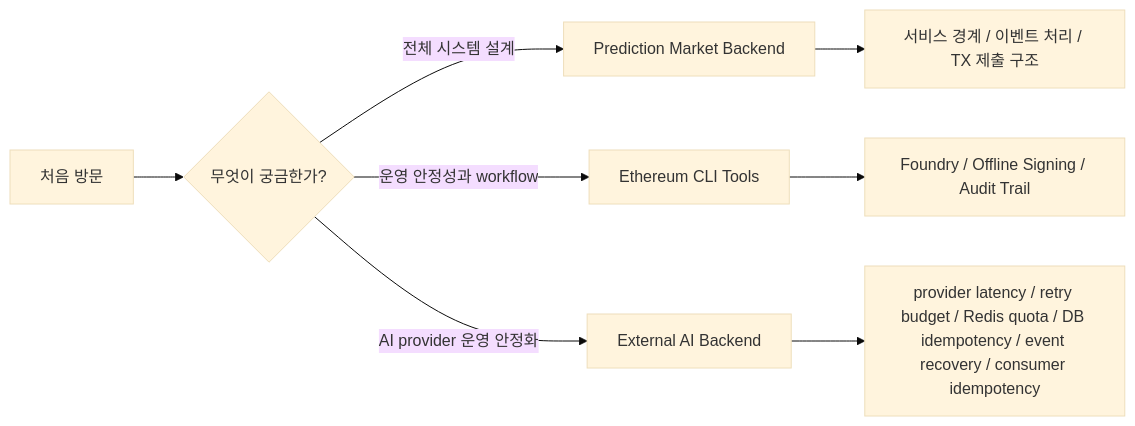
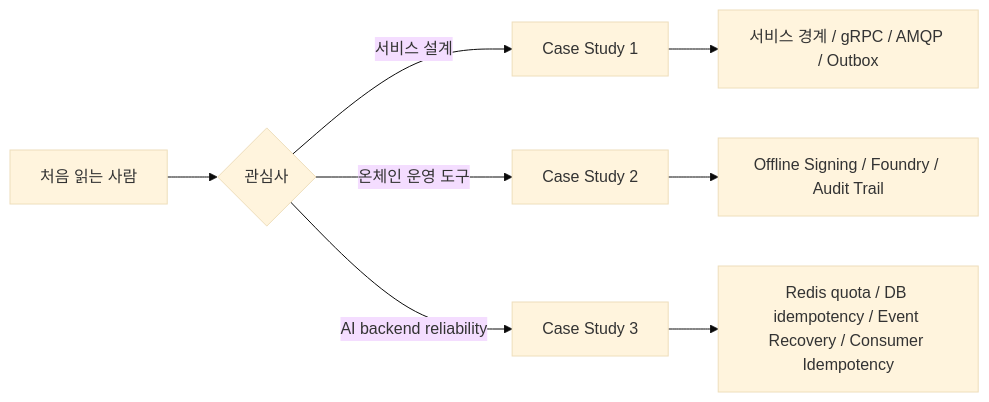
The sixth of 6 diagrams in README.md (bang9ming9/bang9ming9), drawn with Mermaid (base theme) before and after one commit. The commit also changed other lines of this file and 1 other file, not shown here.

````diff
--- a/README.md
+++ b/README.md
@@ -267,12 +259,11 @@
 ```mermaid
 flowchart LR
-    A[처음 방문] --> B{무엇이 궁금한가?}
+    A[처음 읽는 사람] --> B{관심사}
+    B -->|서비스 설계| C[Case Study 1]
+    B -->|온체인 운영 도구| D[Case Study 2]
+    B -->|AI backend reliability| E[Case Study 3]
 
-    B -->|전체 시스템 설계| C[Prediction Market Backend]
-    B -->|운영 안정성과 workflow| D[Ethereum CLI Tools]
-    B -->|AI provider 운영 안정화| G[External AI Backend]
-
-    C --> E[서비스 경계 / 이벤트 처리 / TX 제출 구조]
-    D --> F[Foundry / Offline Signing / Audit Trail]
-    G --> H[provider latency / retry budget / Redis quota / DB idempotency / event recovery / consumer idempotency]
+    C --> C1[서비스 경계 / gRPC / AMQP / Outbox]
+    D --> D1[Offline Signing / Foundry / Audit Trail]
+    E --> E1[Redis quota / DB idempotency / Event Recovery / Consumer Idempotency]
 ```
````
